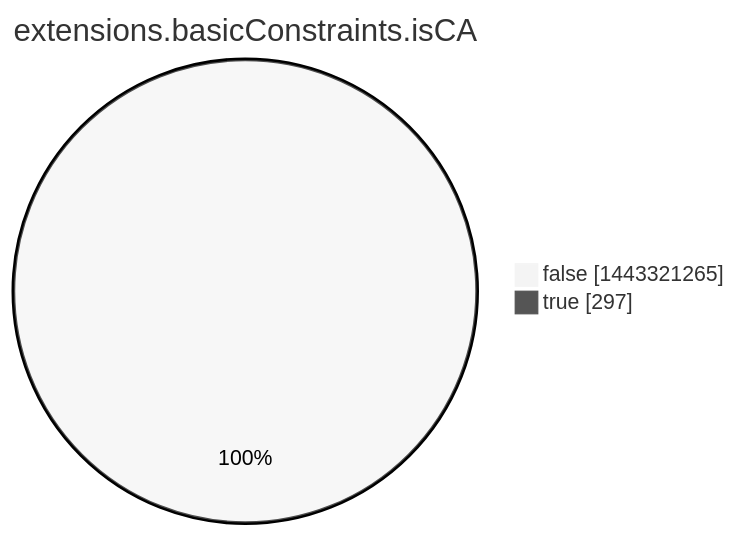
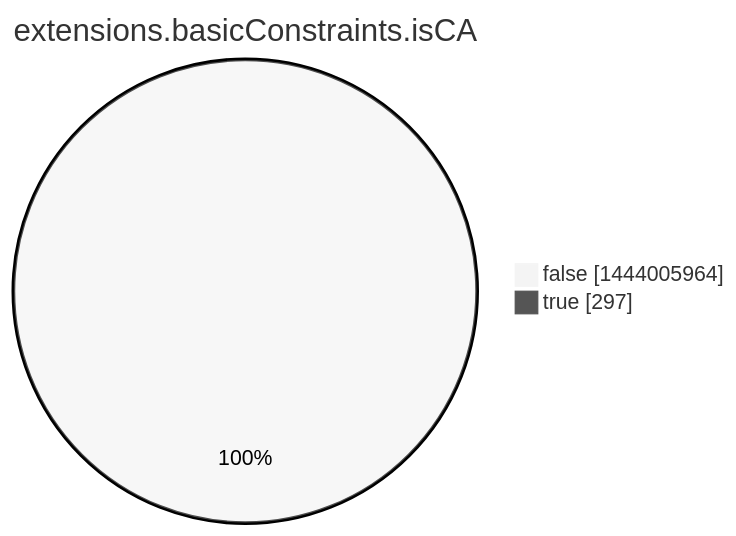
One commit to christiankrug/ctmonitor_visualization changed the eighth of 15 diagrams in argon2022/README.md. Above: the diagram before and after it, drawn with Mermaid (neutral theme). The commit also changed other lines of this file, not shown here.

````diff
--- a/argon2022/README.md
+++ b/argon2022/README.md
@@ -2760,6 +2760,6 @@
 ```mermaid
 pie showData
 title extensions.basicConstraints.isCA
-"false" :1443321265
+"false" :1444005964
 "true" :297
 ```
````
